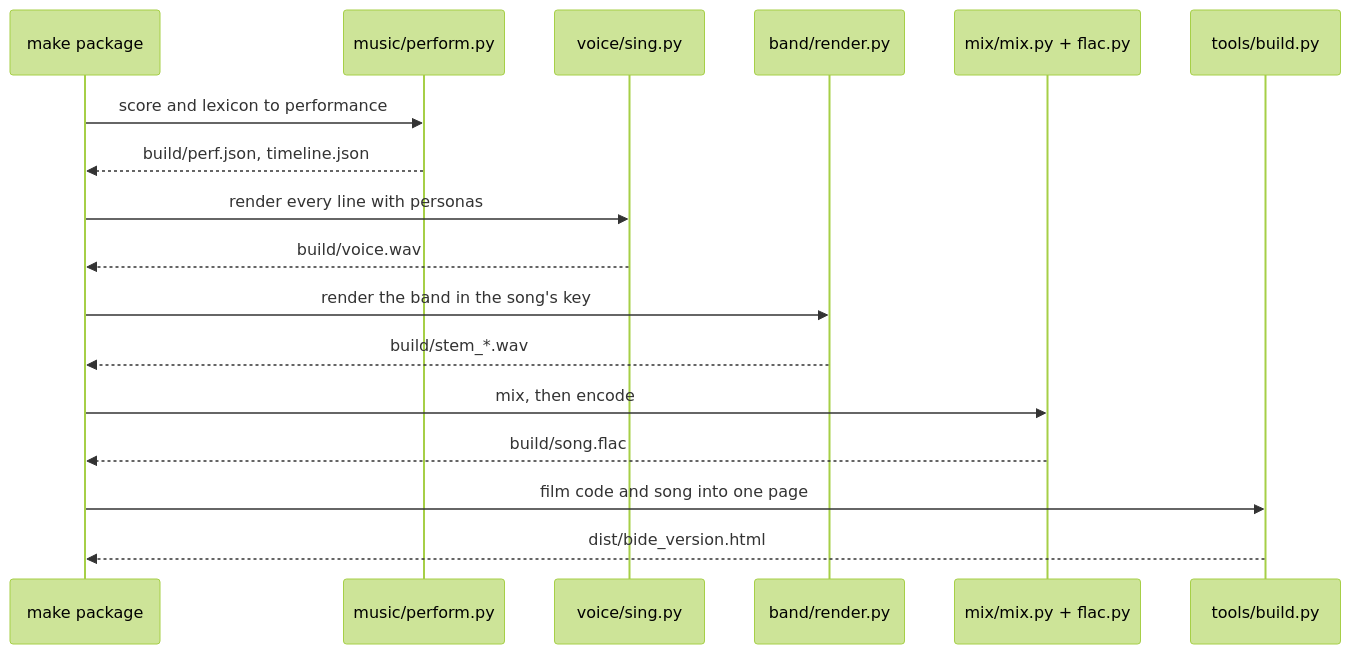
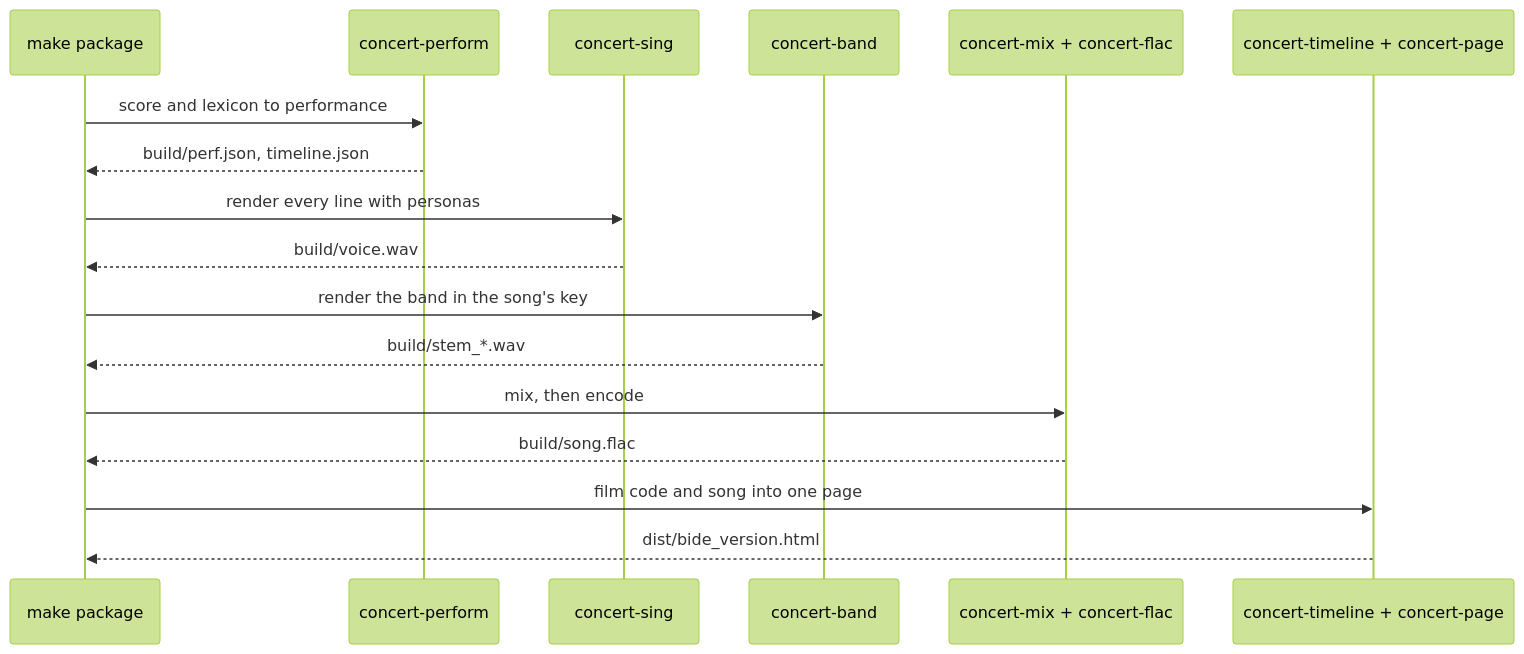
Before and after one commit to angloc/concert: the second of 2 diagrams in docs/knowledge/architecture.md, drawn with Mermaid (forest theme). The commit also changed other lines of this file and 89 other files, not shown here.

````diff
--- a/docs/knowledge/architecture.md
+++ b/docs/knowledge/architecture.md
@@ -39,19 +39,19 @@
 ```mermaid
 sequenceDiagram
   participant M as make package
-  participant P as music/perform.py
-  participant V as voice/sing.py
-  participant B as band/render.py
-  participant X as mix/mix.py + flac.py
-  participant T as tools/build.py
+  participant P as concert-perform
+  participant V as concert-sing
+  participant B as concert-band
+  participant X as concert-mix + concert-flac
+  participant T as concert-timeline + concert-page
   M->>P: score and lexicon to performance
   P-->>M: build/perf.json, timeline.json
   M->>V: render every line with personas
   V-->>M: build/voice.wav
   M->>B: render the band in the song's key
   B-->>M: build/stem_*.wav
   M->>X: mix, then encode
   X-->>M: build/song.flac
   M->>T: film code and song into one page
   T-->>M: dist/bide_version.html
 ```
````
